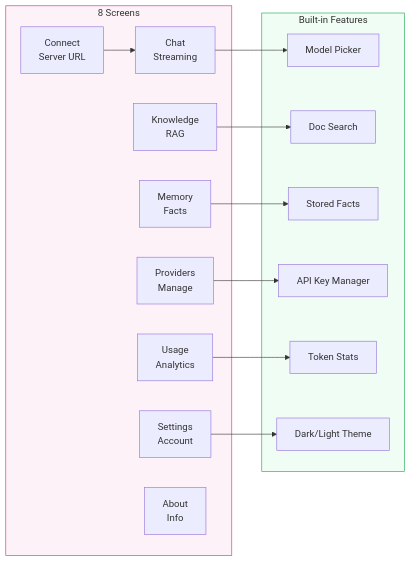
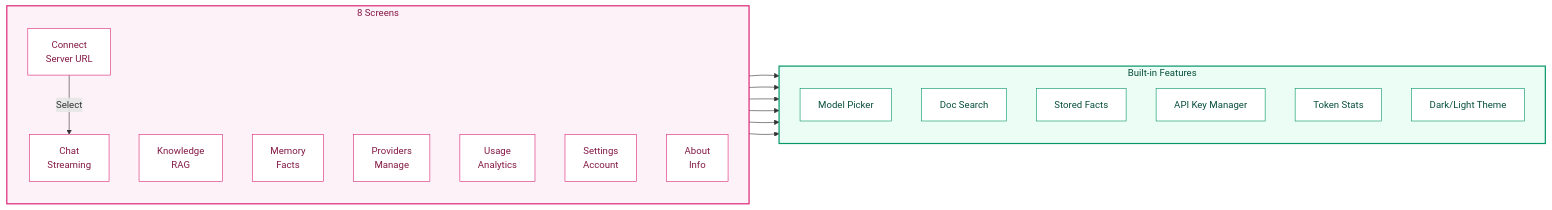
The seventh of 8 diagrams in README.md (rbkhan007/Ollama-Emulator-Desktop-Ultimate), drawn with Mermaid before and after one commit. The commit also changed other lines of this file and 2 other files, not shown here.

Commit message:
docs: professional Mermaid diagrams with consistent styling

````diff
--- a/README.md
+++ b/README.md
@@ -510,33 +589,49 @@
 ```mermaid
 flowchart LR
     subgraph Screens["8 Screens"]
+        direction TB
         CONNECT["Connect<br/>Server URL"]
         CHAT["Chat<br/>Streaming"]
         KNOW["Knowledge<br/>RAG"]
         MEM["Memory<br/>Facts"]
         PROV["Providers<br/>Manage"]
         USE["Usage<br/>Analytics"]
         SET["Settings<br/>Account"]
         ABOUT["About<br/>Info"]
     end
 
     subgraph Features["Built-in Features"]
+        direction TB
         MODEL["Model Picker"]
         SEARCH["Doc Search"]
         FACTS["Stored Facts"]
         KEY["API Key Manager"]
         STATS["Token Stats"]
         THEME["Dark/Light Theme"]
     end
 
-    CONNECT --> CHAT
+    CONNECT -->|Select| CHAT
     CHAT --> MODEL
     KNOW --> SEARCH
     MEM --> FACTS
     PROV --> KEY
     USE --> STATS
     SET --> THEME
 
-    style Screens fill:#fdf2f8,stroke:#db2777
-    style Features fill:#f0fdf4,stroke:#16a34a
+    style Screens fill:#fdf2f8,stroke:#db2777,stroke-width:2px,color:#831843
+    style Features fill:#ecfdf5,stroke:#059669,stroke-width:2px,color:#064e3b
+    style CONNECT fill:#fff,stroke:#db2777,color:#831843
+    style CHAT fill:#fff,stroke:#db2777,color:#831843
+    style KNOW fill:#fff,stroke:#db2777,color:#831843
+    style MEM fill:#fff,stroke:#db2777,color:#831843
+    style PROV fill:#fff,stroke:#db2777,color:#831843
+    style USE fill:#fff,stroke:#db2777,color:#831843
+    style SET fill:#fff,stroke:#db2777,color:#831843
+    style ABOUT fill:#fff,stroke:#db2777,color:#831843
+    style MODEL fill:#fff,stroke:#059669,color:#064e3b
+    style SEARCH fill:#fff,stroke:#059669,color:#064e3b
+    style FACTS fill:#fff,stroke:#059669,color:#064e3b
+    style KEY fill:#fff,stroke:#059669,color:#064e3b
+    style STATS fill:#fff,stroke:#059669,color:#064e3b
+    style THEME fill:#fff,stroke:#059669,color:#064e3b
 ```
````
